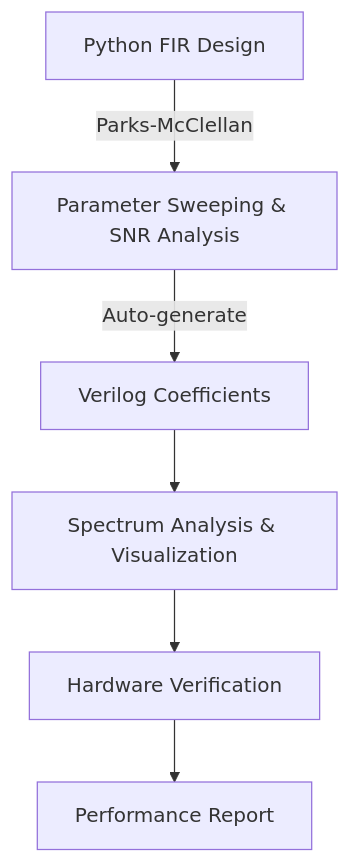
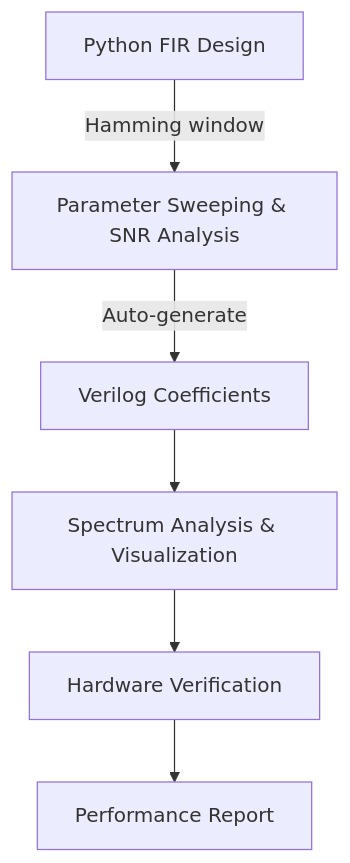
One commit to ColinE0/Finite-Impulse-Response-Filter-Implementation changed the diagram in README.md. Above: the diagram before and after it, drawn with Mermaid. The commit also changed other lines of this file and 14 other files, not shown here.

````diff
--- a/README.md
+++ b/README.md
@@ -56,8 +56,8 @@
 ```mermaid
 graph TD
-    A[Python FIR Design] -->|Parks-McClellan| B[Parameter Sweeping & SNR Analysis]
+    A[Python FIR Design] -->|Hamming window| B[Parameter Sweeping & SNR Analysis]
     B -->|Auto-generate| C[Verilog Coefficients]
     C --> D[Spectrum Analysis & Visualization]
     D --> E[Hardware Verification]
     E --> F[Performance Report]
 ```
````
